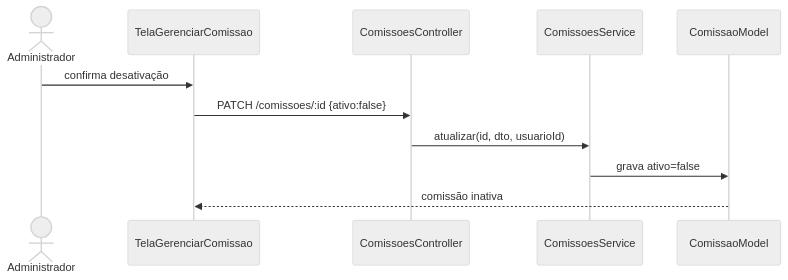
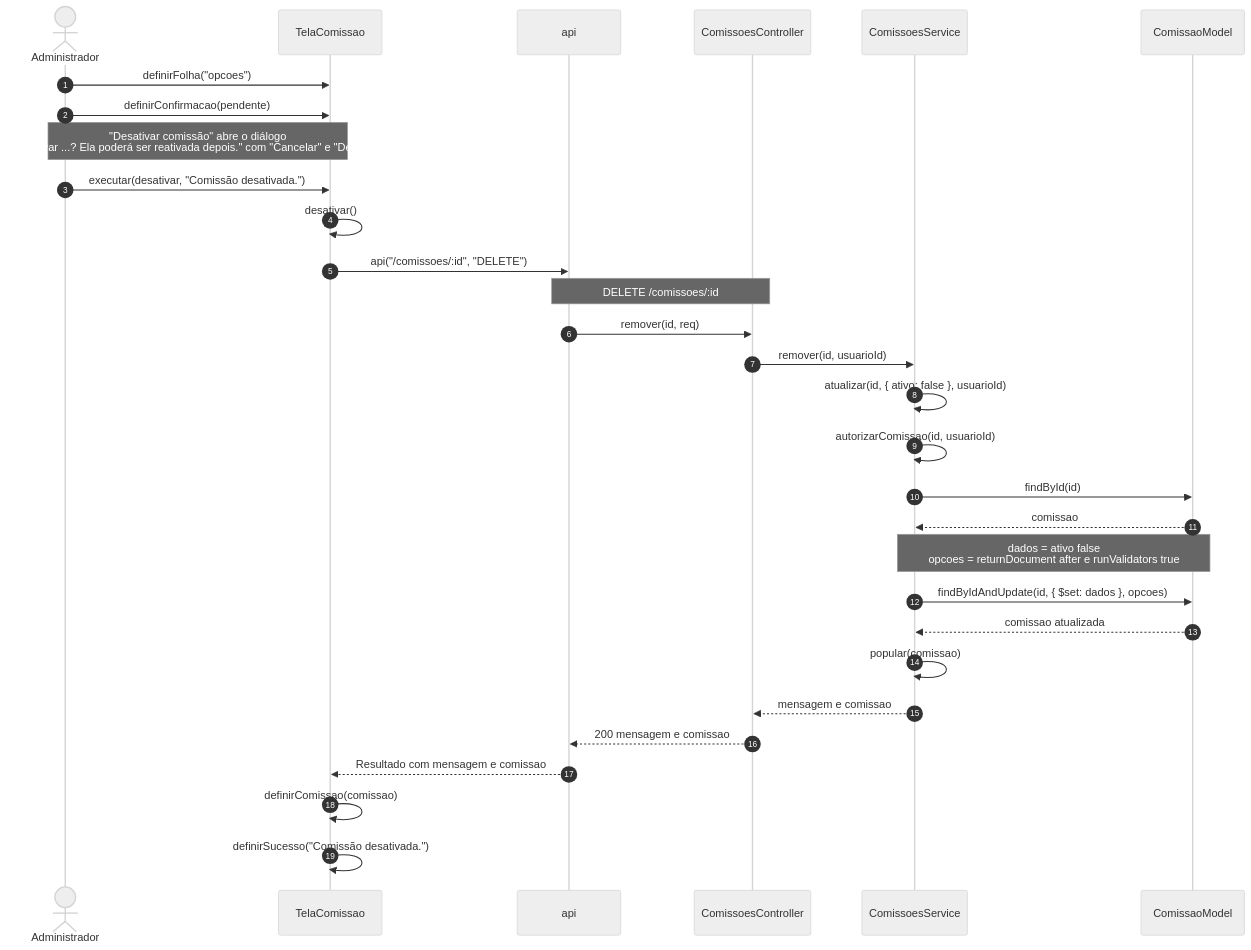
Before and after one commit to Conecta-IFSP/DOCUMENTATION: the fifth of 9 diagrams in 2 - Incremento1/cadastro-comissao/6 - diagramas-sequencia-cadastro-comissao.md, drawn with Mermaid (neutral theme). The commit also changed other lines of this file and 54 other files, not shown here.

````diff
--- a/2 - Incremento1/cadastro-comissao/6 - diagramas-sequencia-cadastro-comissao.md
+++ b/2 - Incremento1/cadastro-comissao/6 - diagramas-sequencia-cadastro-comissao.md
@@ -82,13 +232,32 @@
 ```mermaid
 sequenceDiagram
-    actor A as Administrador
-    participant T as TelaGerenciarComissao
+    autonumber
+    actor U as Administrador
+    participant T as TelaComissao
+    participant A as api
     participant C as ComissoesController
     participant S as ComissoesService
     participant M as ComissaoModel
-    A->>T: confirma desativação
-    T->>C: PATCH /comissoes/:id {ativo:false}
-    C->>S: atualizar(id, dto, usuarioId)
-    S->>M: grava ativo=false
-    M-->>T: comissão inativa
+    U->>T: definirFolha("opcoes")
+    U->>T: definirConfirmacao(pendente)
+    Note over U,T: "Desativar comissão" abre o diálogo<br/>"Desativar ...? Ela poderá ser reativada depois." com "Cancelar" e "Desativar"
+    U->>T: executar(desativar, "Comissão desativada.")
+    T->>T: desativar()
+    T->>A: api("/comissoes/:id", "DELETE")
+    Note over A,C: DELETE /comissoes/:id
+    A->>C: remover(id, req)
+    C->>S: remover(id, usuarioId)
+    S->>S: atualizar(id, { ativo: false }, usuarioId)
+    S->>S: autorizarComissao(id, usuarioId)
+    S->>M: findById(id)
+    M-->>S: comissao
+    Note over S,M: dados = ativo false<br/>opcoes = returnDocument after e runValidators true
+    S->>M: findByIdAndUpdate(id, { $set: dados }, opcoes)
+    M-->>S: comissao atualizada
+    S->>S: popular(comissao)
+    S-->>C: mensagem e comissao
+    C-->>A: 200 mensagem e comissao
+    A-->>T: Resultado com mensagem e comissao
+    T->>T: definirComissao(comissao)
+    T->>T: definirSucesso("Comissão desativada.")
 ```
````
